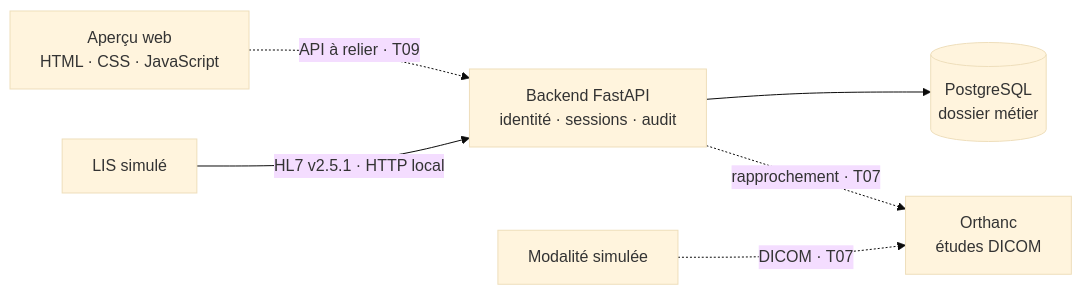
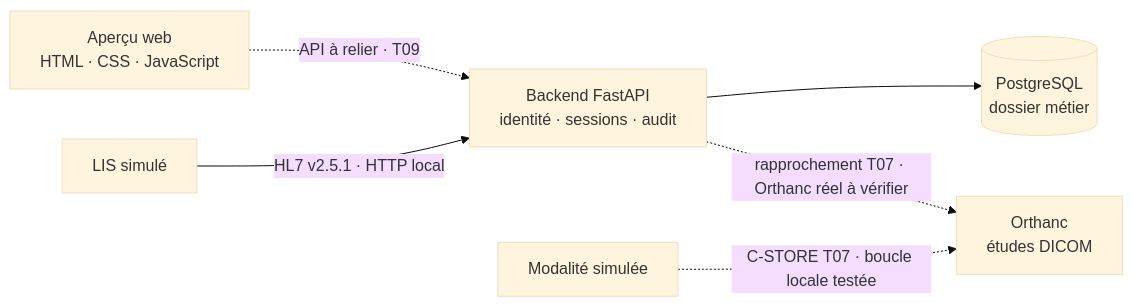
Before and after one commit to Bouch-Anass/Prototype-de-syst-me-de-gestion-de-donn-es-PACS-LIS-RIS-simplifi-: the diagram in README.md, drawn with Mermaid (base theme). The commit also changed other lines of this file and 16 other files, not shown here.

````diff
--- a/README.md
+++ b/README.md
@@ -61,8 +61,8 @@
 ```mermaid
 flowchart LR
     WEB["Aperçu web<br/>HTML · CSS · JavaScript"] -. "API à relier · T09" .-> API["Backend FastAPI<br/>identité · sessions · audit"]
     API --> DB[("PostgreSQL<br/>dossier métier")]
     LIS["LIS simulé"] -->|"HL7 v2.5.1 · HTTP local"| API
-    API -. "rapprochement · T07" .-> PACS["Orthanc<br/>études DICOM"]
-    MOD["Modalité simulée"] -. "DICOM · T07" .-> PACS
+    API -. "rapprochement T07 · Orthanc réel à vérifier" .-> PACS["Orthanc<br/>études DICOM"]
+    MOD["Modalité simulée"] -. "C-STORE T07 · boucle locale testée" .-> PACS
 ```
````
